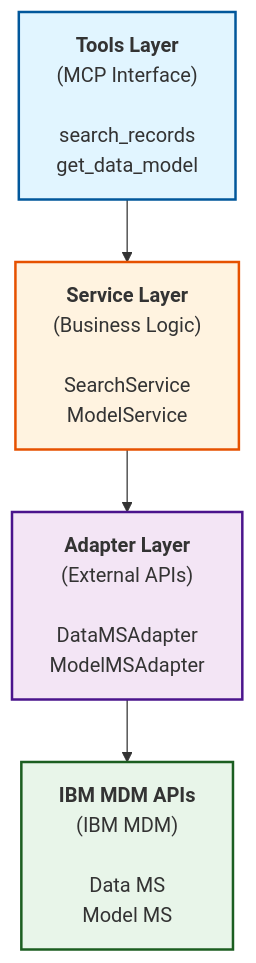
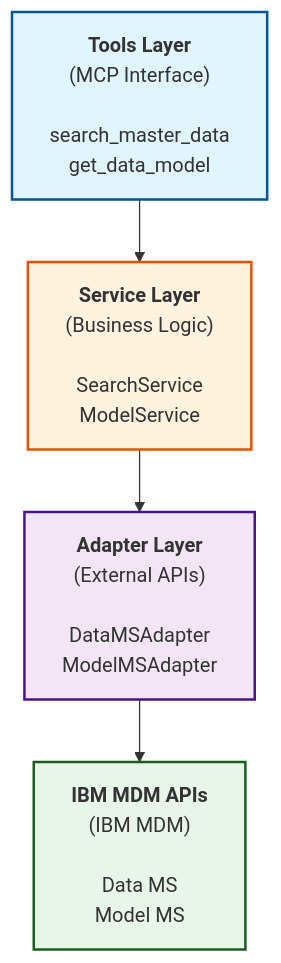
Before and after one commit to IBM/mdm-mcp-server: the diagram in README.md, drawn with Mermaid. The commit also changed other lines of this file and 3 other files, not shown here.

Commit message:
Update markdown files with the updated search_master_data tool references (#3)

````diff
--- a/README.md
+++ b/README.md
@@ -474,11 +474,11 @@
 ```mermaid
 graph TD
-    A["<b>Tools Layer</b><br/>(MCP Interface)<br/><br/>search_records<br/>get_data_model"] --> B["<b>Service Layer</b><br/>(Business Logic)<br/><br/>SearchService<br/>ModelService"]
+    A["<b>Tools Layer</b><br/>(MCP Interface)<br/><br/>search_master_data<br/>get_data_model"] --> B["<b>Service Layer</b><br/>(Business Logic)<br/><br/>SearchService<br/>ModelService"]
     B --> C["<b>Adapter Layer</b><br/>(External APIs)<br/><br/>DataMSAdapter<br/>ModelMSAdapter"]
     C --> D["<b>IBM MDM APIs</b><br/>(IBM MDM)<br/><br/>Data MS<br/>Model MS"]
     
     style A fill:#e1f5ff,stroke:#01579b,stroke-width:2px
     style B fill:#fff3e0,stroke:#e65100,stroke-width:2px
     style C fill:#f3e5f5,stroke:#4a148c,stroke-width:2px
     style D fill:#e8f5e9,stroke:#1b5e20,stroke-width:2px
 ```
````
